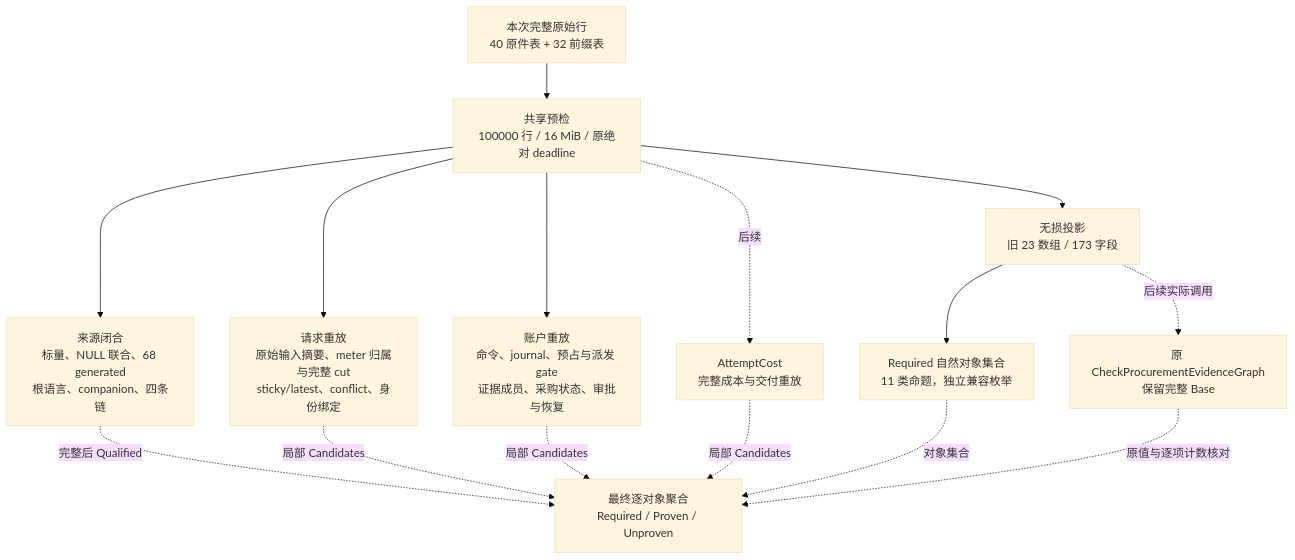
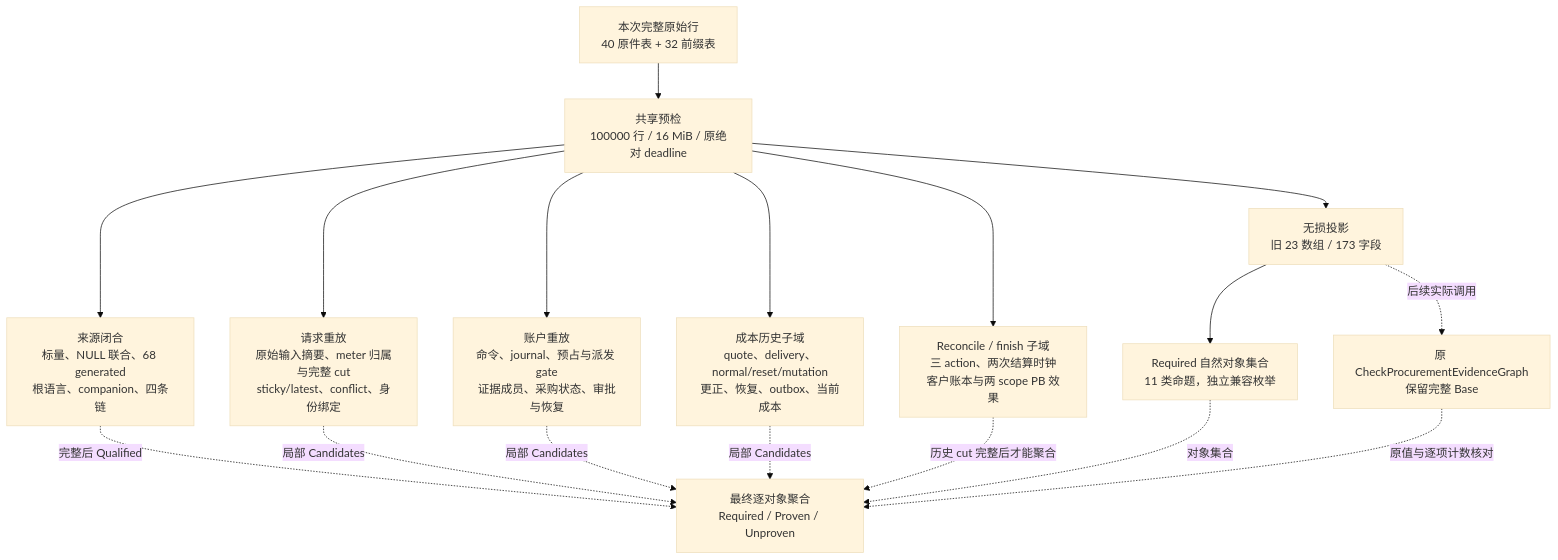
The diagram in docs/architecture/procurement-replay.md (workhold/moni-aigate), drawn with Mermaid (base theme) before and after one commit. The commit also changed other lines of this file and 29 other files, not shown here.

Commit message:
feat: verify procurement cost and customer finish history

````diff
--- a/docs/architecture/procurement-replay.md
+++ b/docs/architecture/procurement-replay.md
@@ -7,17 +7,19 @@
 ```mermaid
 flowchart TD
     Raw[本次完整原始行\n40 原件表 + 32 前缀表] --> Budget[共享预检\n100000 行 / 16 MiB / 原绝对 deadline]
     Budget --> Source[来源闭合\n标量、NULL 联合、68 generated\n根语言、companion、四条链]
     Budget --> Request[请求重放\n原始输入摘要、meter 归属与完整 cut\nsticky/latest、conflict、身份绑定]
     Budget --> Account[账户重放\n命令、journal、预占与派发 gate\n证据成员、采购状态、审批与恢复]
     Budget --> Project[无损投影\n旧 23 数组 / 173 字段]
     Project --> Required[Required 自然对象集合\n11 类命题，独立兼容枚举]
-    Budget -. 后续 .-> Cost[AttemptCost\n完整成本与交付重放]
+    Budget --> Cost[成本历史子域\nquote、delivery、normal/reset/mutation\n更正、恢复、outbox、当前成本]
+    Budget --> Finish[Reconcile / finish 子域\n三 action、两次结算时钟\n客户账本与两 scope PB 效果]
     Project -. 后续实际调用 .-> Base[原 CheckProcurementEvidenceGraph\n保留完整 Base]
     Source -. 完整后 Qualified .-> Aggregate[最终逐对象聚合\nRequired / Proven / Unproven]
     Request -. 局部 Candidates .-> Aggregate
     Account -. 局部 Candidates .-> Aggregate
     Cost -. 局部 Candidates .-> Aggregate
+    Finish -. 历史 cut 完整后才能聚合 .-> Aggregate
     Required -. 对象集合 .-> Aggregate
     Base -. 原值与逐项计数核对 .-> Aggregate
 ```
````
